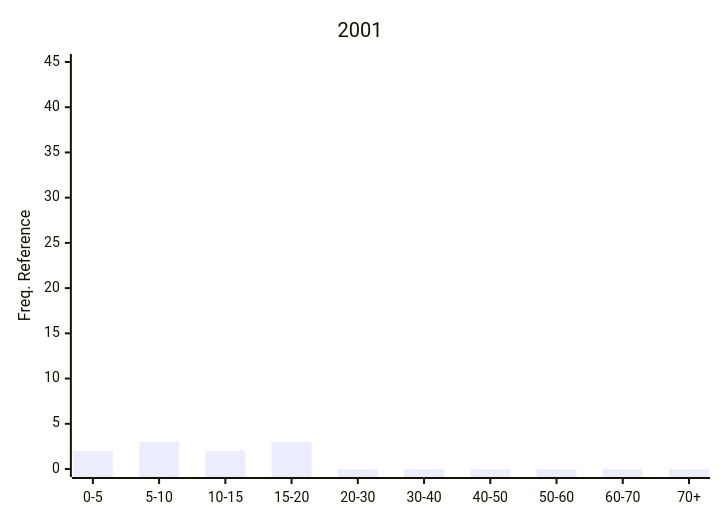
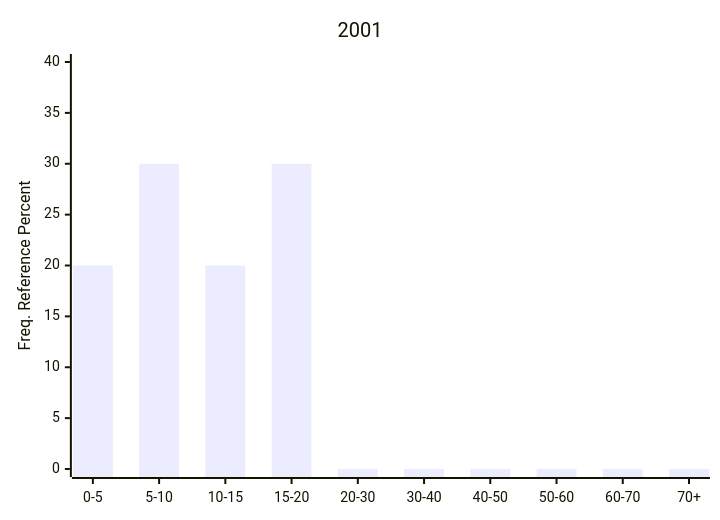
One commit to Nemus-Project/fair-nime-2026 changed the fourth of 28 diagrams in README.md. Above: the diagram before and after it, drawn with Mermaid. The commit also changed other lines of this file, not shown here.

````diff
--- a/README.md
+++ b/README.md
@@ -478,7 +479,7 @@
 ```mermaid
 xychart-beta
     title "2001"
     x-axis ["0-5", "5-10", "10-15", "15-20", "20-30", "30-40", "40-50", "50-60", "60-70", "70+"]
-    y-axis "Freq. Reference" 0 --> 45
-    bar [2, 3, 2, 3, 0, 0, 0, 0, 0, 0]
+    y-axis "Freq. Reference Percent" 0 --> 40
+    bar [20.0, 30.0, 20.0, 30.0, 0.0, 0.0, 0.0, 0.0, 0.0, 0.0]
 ```    
````
